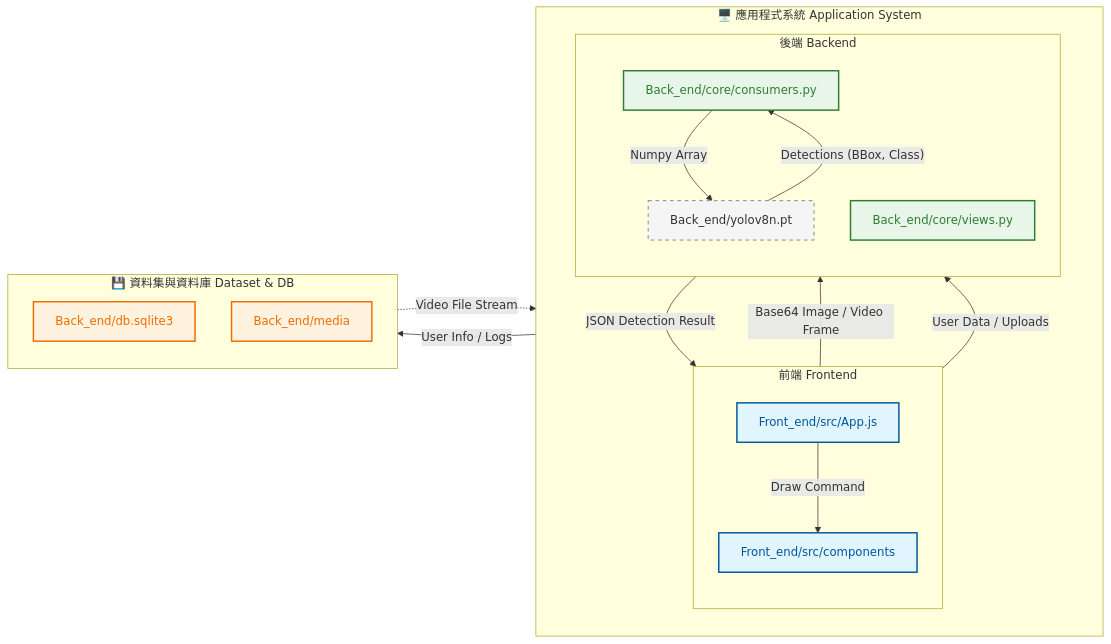
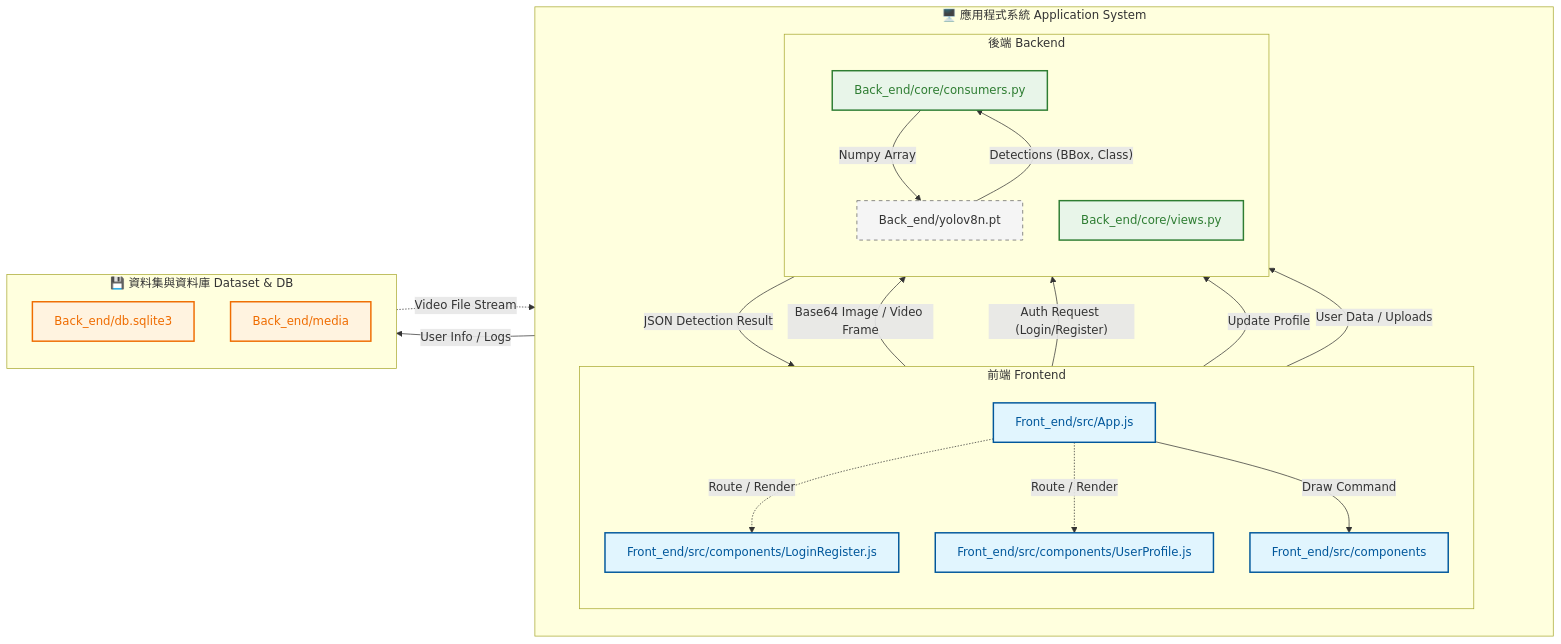
Before and after one commit to gordonpow/lab_software_test: the diagram in README.md, drawn with Mermaid. The commit also changed other lines of this file, not shown here.

````diff
--- a/README.md
+++ b/README.md
@@ -23,51 +23,60 @@
 ```mermaid
 graph LR
     %% Styles
     classDef frontend fill:#e1f5fe,stroke:#01579b,stroke-width:2px,color:#01579b;
     classDef backend fill:#e8f5e9,stroke:#2e7d32,stroke-width:2px,color:#2e7d32;
     classDef database fill:#fff3e0,stroke:#ef6c00,stroke-width:2px,color:#ef6c00;
     classDef file fill:#f5f5f5,stroke:#616161,stroke-width:1px,stroke-dasharray: 5 5;
     classDef transparent fill:none,stroke:none,color:#333;
 
     %% Main Layout: Left (App System) -> Right (Data System)
     subgraph AppSystem [🖥️ 應用程式系統 Application System]
         direction TB
         
         subgraph Frontend [前端 Frontend]
             direction TB
             App[Front_end/src/App.js]:::frontend
             Canvas[Front_end/src/components]:::frontend
+            Login[Front_end/src/components/LoginRegister.js]:::frontend
+            Profile[Front_end/src/components/UserProfile.js]:::frontend
         end
         
         %% Invisible link to force Frontend above Backend if needed, 
         %% but TB direction usually handles it.
         
         subgraph Backend [後端 Backend]
             direction TB
             Consumer[Back_end/core/consumers.py]:::backend
             Views[Back_end/core/views.py]:::backend
             Model[Back_end/yolov8n.pt]:::file
         end
     end
 
     subgraph DataSystem [💾 資料集與資料庫 Dataset & DB]
         direction TB
         DB[Back_end/db.sqlite3]:::database
         Media[Back_end/media]:::database
     end
 
     %% Data Flow Connections
     %% Frontend <-> Backend
     App -->|"Base64 Image / Video Frame"| Consumer
     Consumer -->|"JSON Detection Result"| App
+    
+    %% Auth & Profile Flow
+    App -.->|"Route / Render"| Login
+    App -.->|"Route / Render"| Profile
+    Login -->|"Auth Request (Login/Register)"| Views
+    Profile -->|"Update Profile"| Views
+    
     App -->|"User Data / Uploads"| Views
     App -->|"Draw Command"| Canvas
 
     %% Backend Internal
     Consumer -->|"Numpy Array"| Model
     Model -->|"Detections (BBox, Class)"| Consumer
 
     %% Backend <-> Database (Left to Right Flow)
     Views -->|"User Info / Logs"| DB
     Media -.->|"Video File Stream"| Consumer
 ```
````
